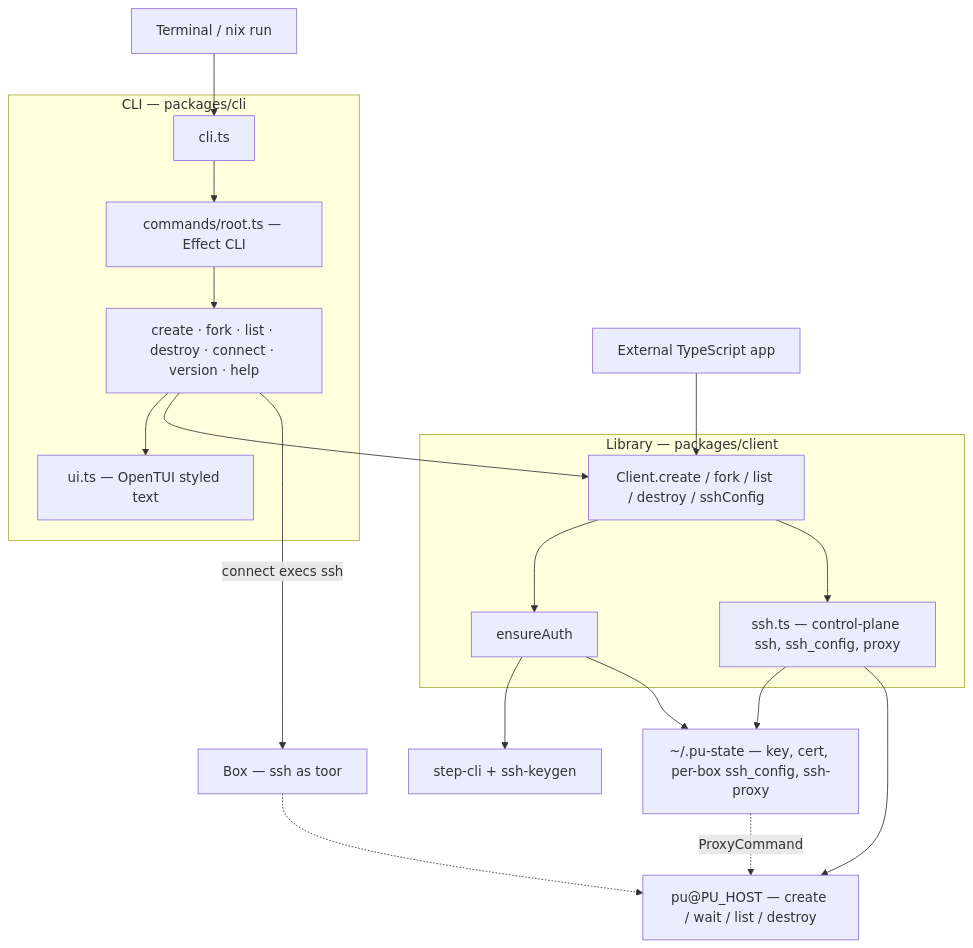
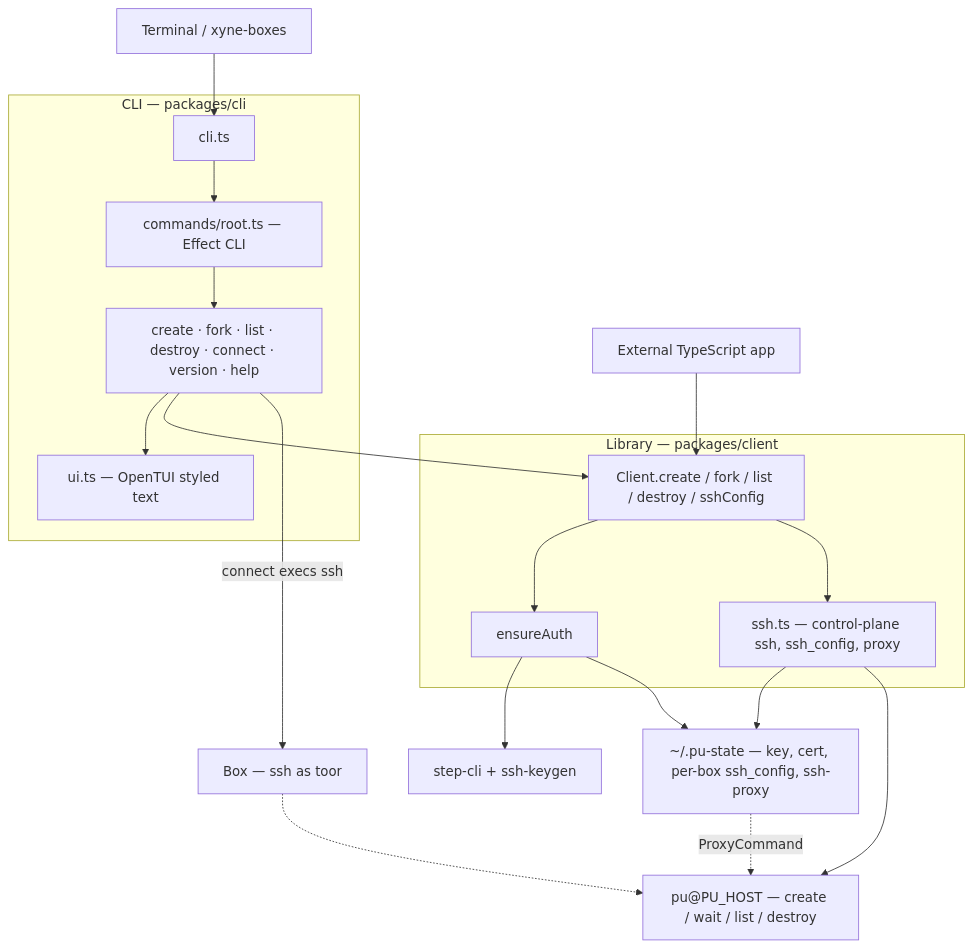
The diagram in packages/client/README.md (juspay/xyne-boxes), drawn with Mermaid before and after one commit. The commit also changed other lines of this file and 2 other files, not shown here.

````diff
--- a/packages/client/README.md
+++ b/packages/client/README.md
@@ -7,38 +7,38 @@
 ```mermaid
 flowchart TB
   ext["External TypeScript app"]
-  term["Terminal / nix run"]
+  term["Terminal / xyne-boxes"]
 
   subgraph lib ["Library — packages/client"]
     Client["Client.create / fork / list / destroy / sshConfig"]
     auth["ensureAuth"]
     sshmod["ssh.ts — control-plane ssh, ssh_config, proxy"]
     Client --> auth
     Client --> sshmod
   end
 
   subgraph cli ["CLI — packages/cli"]
     entry["cli.ts"]
     root["commands/root.ts — Effect CLI"]
     cmds["create · fork · list · destroy · connect · version · help"]
     ui["ui.ts — OpenTUI styled text"]
     entry --> root --> cmds
     cmds --> ui
   end
 
   state["~/.pu-state — key, cert, per-box ssh_config, ssh-proxy"]
   step["step-cli + ssh-keygen"]
   pu["pu@PU_HOST — create / wait / list / destroy"]
   box["Box — ssh as toor"]
 
   ext --> Client
   term --> entry
   cmds --> Client
   cmds -->|connect execs ssh| box
   auth --> step
   auth --> state
   sshmod --> state
   sshmod --> pu
   state -.->|ProxyCommand| pu
   box -.-> pu
 ```
````
